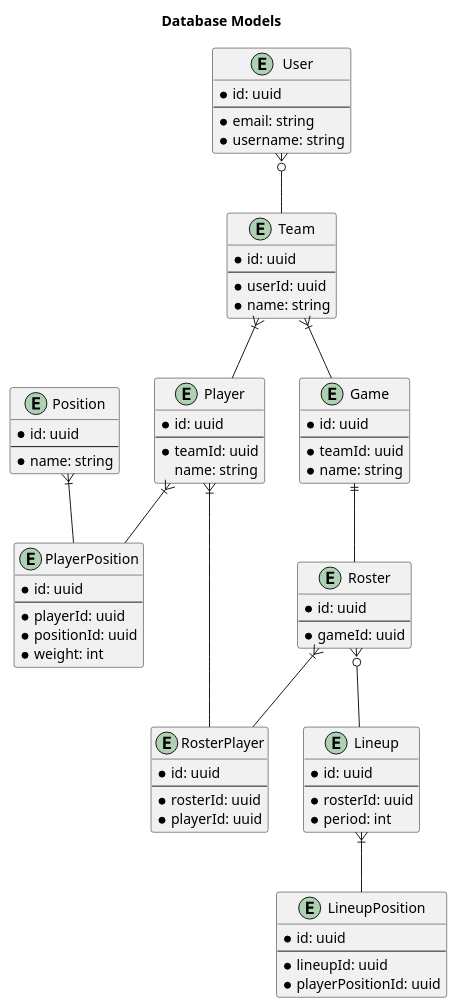
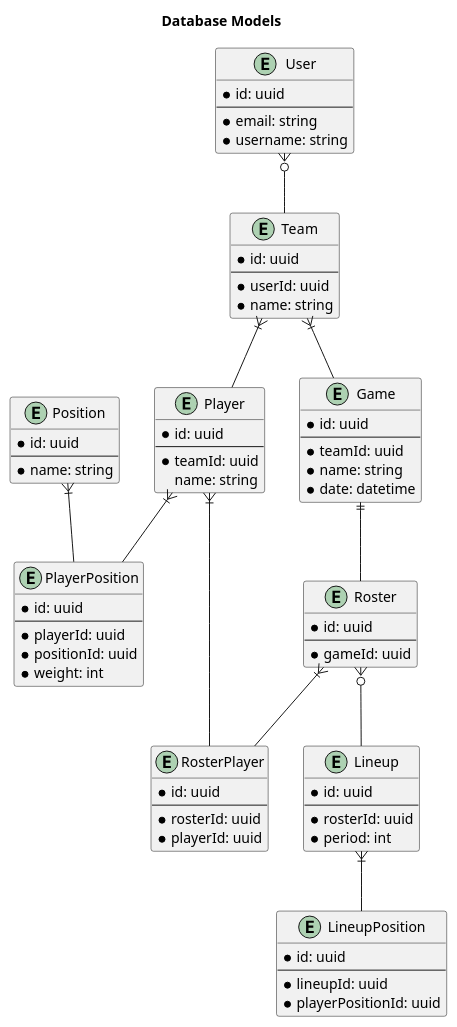
Before and after one commit to adhurjaty/roster-creator: the diagram in docs/db.puml, drawn with PlantUML. The commit also changed 11 other files, not shown here.

```diff
--- a/docs/db.puml
+++ b/docs/db.puml
@@ -1,85 +1,86 @@
 @startuml db
 
 title Database Models
 
 entity Position {
   *id: uuid
   ---
   *name: string
 }
 
 entity User {
   *id: uuid
   ---
   *email: string
   *username: string
 }
 
 entity Team {
   *id: uuid
   ---
   *userId: uuid
   *name: string
 }
 
 entity Player {
   *id: uuid
   ---
   *teamId: uuid
   name: string
 }
 
 entity PlayerPosition {
   *id: uuid
   ---
   *playerId: uuid
   *positionId: uuid
   *weight: int
 }
 
 entity Game {
   *id: uuid
   ---
   *teamId: uuid
   *name: string
+  *date: datetime
 }
 
 entity Roster {
   *id: uuid
   ---
   *gameId: uuid
 }
 
 entity RosterPlayer {
   *id: uuid
   ---
   *rosterId: uuid
   *playerId: uuid
 }
 
 entity Lineup {
   *id: uuid
   ---
   *rosterId: uuid
   *period: int
 }
 
 entity LineupPosition {
   *id: uuid
   ---
   *lineupId: uuid
   *playerPositionId: uuid
 }
 
 User }o-- Team
 Team }|-- Game
 Team }|-- Player
 Game ||-- Roster
 Roster }|-- RosterPlayer
 Player }|-- RosterPlayer
 Position }|-- PlayerPosition
 Player }|-- PlayerPosition
 Roster }o-- Lineup
 Lineup }|-- LineupPosition
 
 @enduml
```
